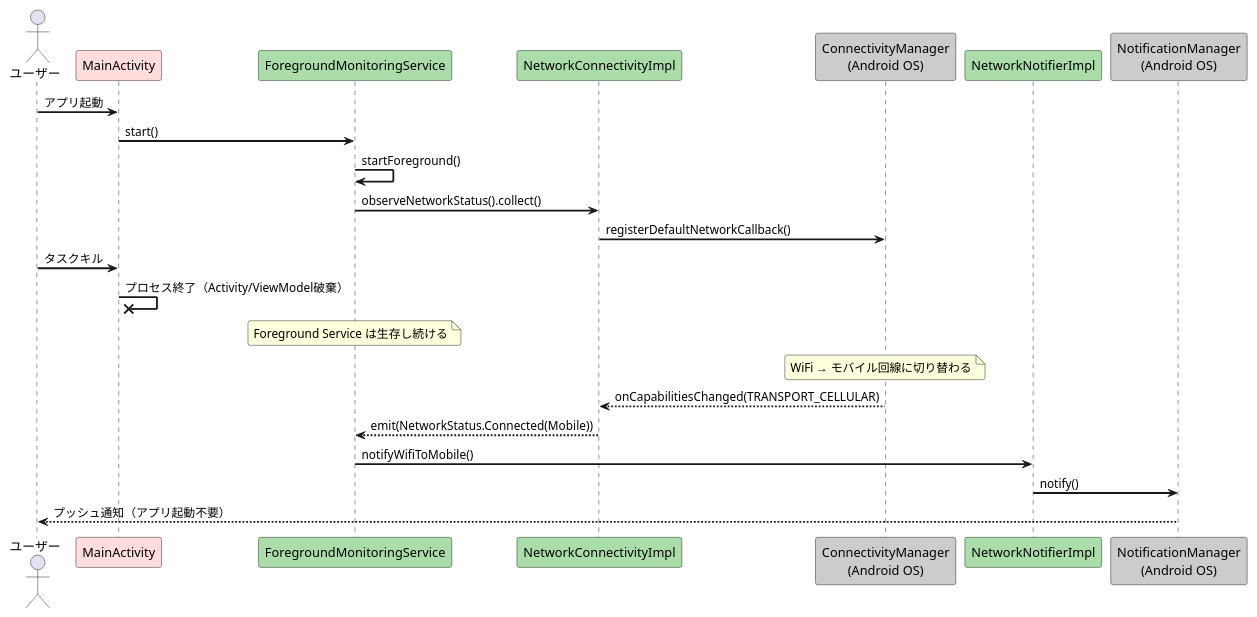
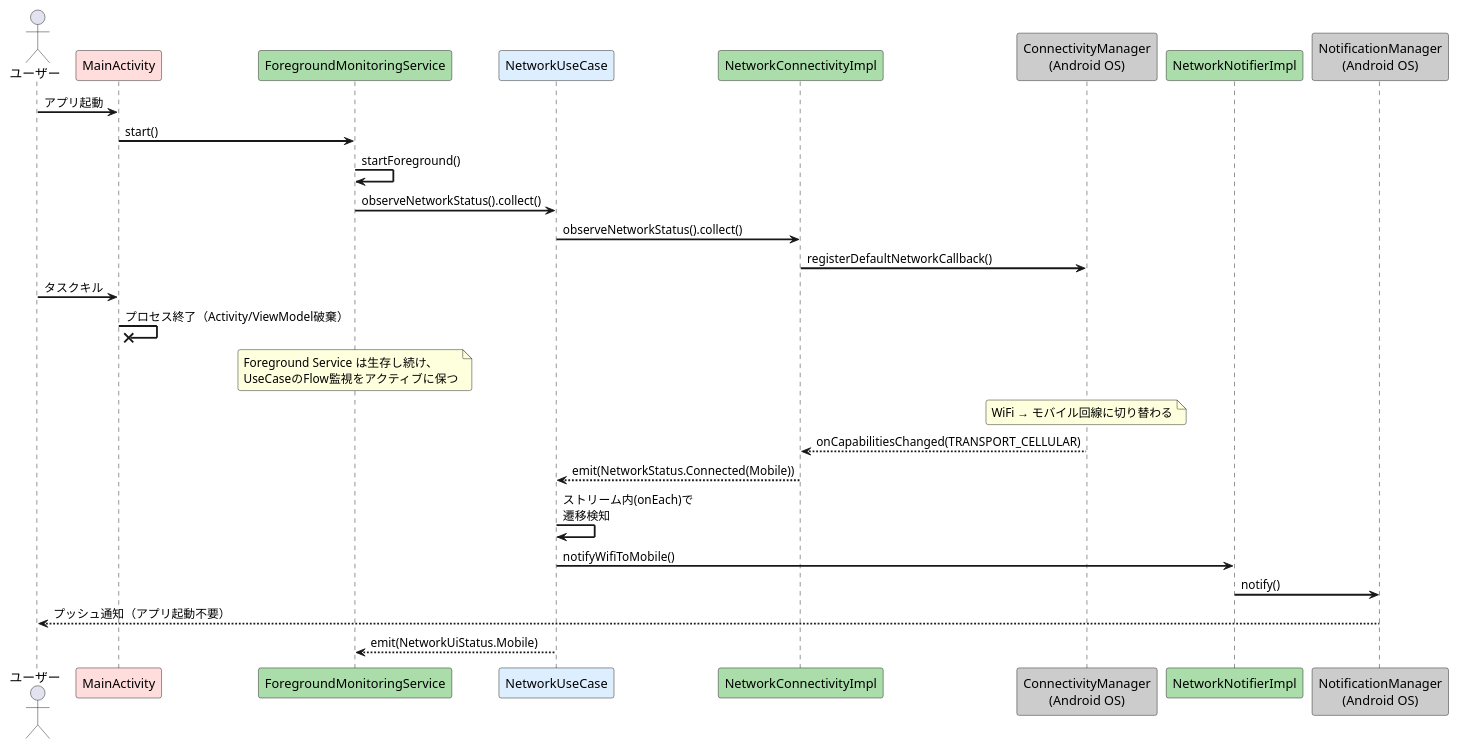
Before and after one commit to kyo1941/wifi-observer: the second of 3 diagrams in docs/notification-sequence.md, drawn with PlantUML. The commit also changed other lines of this file and 2 other files, not shown here.

Commit message:
docs: Update monitoring design and add KMP migration guide with reactive Flow design

````diff
--- a/docs/notification-sequence.md
+++ b/docs/notification-sequence.md
@@ -44,32 +48,37 @@
 ```plantuml
 @startuml
 skinparam sequenceArrowThickness 2
 skinparam roundcorner 5
 
 actor ユーザー
 participant "MainActivity" as Activity #FFDDDD
 participant "ForegroundMonitoringService" as Service #AADDAA
+participant "NetworkUseCase" as UseCase #DDEEFF
 participant "NetworkConnectivityImpl" as Connectivity #AADDAA
 participant "ConnectivityManager\n(Android OS)" as OS #CCCCCC
 participant "NetworkNotifierImpl" as Notifier #AADDAA
 participant "NotificationManager\n(Android OS)" as NotifOS #CCCCCC
 
 ユーザー -> Activity: アプリ起動
 Activity -> Service: start()
 Service -> Service: startForeground()
-Service -> Connectivity: observeNetworkStatus().collect()
+Service -> UseCase: observeNetworkStatus().collect()
+UseCase -> Connectivity: observeNetworkStatus().collect()
 Connectivity -> OS: registerDefaultNetworkCallback()
 
 ユーザー -> Activity: タスクキル
 Activity ->x Activity: プロセス終了（Activity/ViewModel破棄）
-note over Service: Foreground Service は生存し続ける
+note over Service: Foreground Service は生存し続け、\nUseCaseのFlow監視をアクティブに保つ
 
 note over OS: WiFi → モバイル回線に切り替わる
 
 OS --> Connectivity: onCapabilitiesChanged(TRANSPORT_CELLULAR)
-Connectivity --> Service: emit(NetworkStatus.Connected(Mobile))
-Service -> Notifier: notifyWifiToMobile()
+Connectivity --> UseCase: emit(NetworkStatus.Connected(Mobile))
+
+UseCase -> UseCase: ストリーム内(onEach)で\n遷移検知
+UseCase -> Notifier: notifyWifiToMobile()
 Notifier -> NotifOS: notify()
 NotifOS --> ユーザー: プッシュ通知（アプリ起動不要）
+UseCase --> Service: emit(NetworkUiStatus.Mobile)
 @enduml
 ```
````
